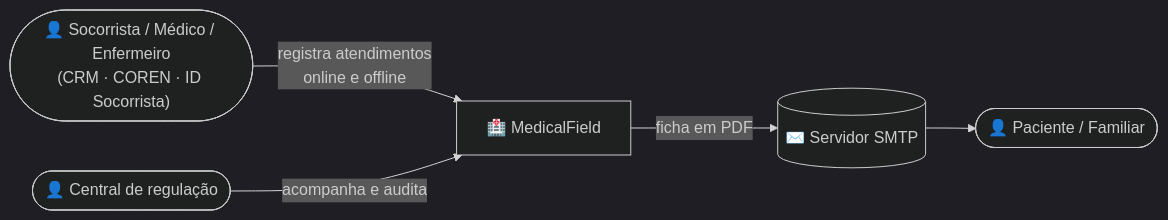
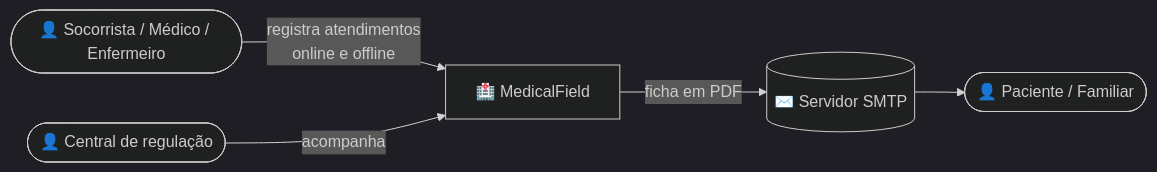
Before and after one commit to joaogehlen/MedicalField: the first of 6 diagrams in docs/02-arquitetura.md, drawn with Mermaid (dark theme). The commit also changed other lines of this file and 40 other files, not shown here.

````diff
--- a/docs/02-arquitetura.md
+++ b/docs/02-arquitetura.md
@@ -21,11 +21,11 @@
 ```mermaid
 flowchart LR
-    socorrista(["👤 Socorrista / Médico / Enfermeiro<br/>(CRM · COREN · ID Socorrista)"])
+    socorrista(["👤 Socorrista / Médico / Enfermeiro"])
     regulacao(["👤 Central de regulação"])
     familiar(["👤 Paciente / Familiar"])
     mf["🏥 MedicalField"]
     smtp[("✉️ Servidor SMTP")]
     socorrista -- "registra atendimentos<br/>online e offline" --> mf
-    regulacao -- "acompanha e audita" --> mf
+    regulacao -- "acompanha" --> mf
     mf -- "ficha em PDF" --> smtp --> familiar
 ```
````
